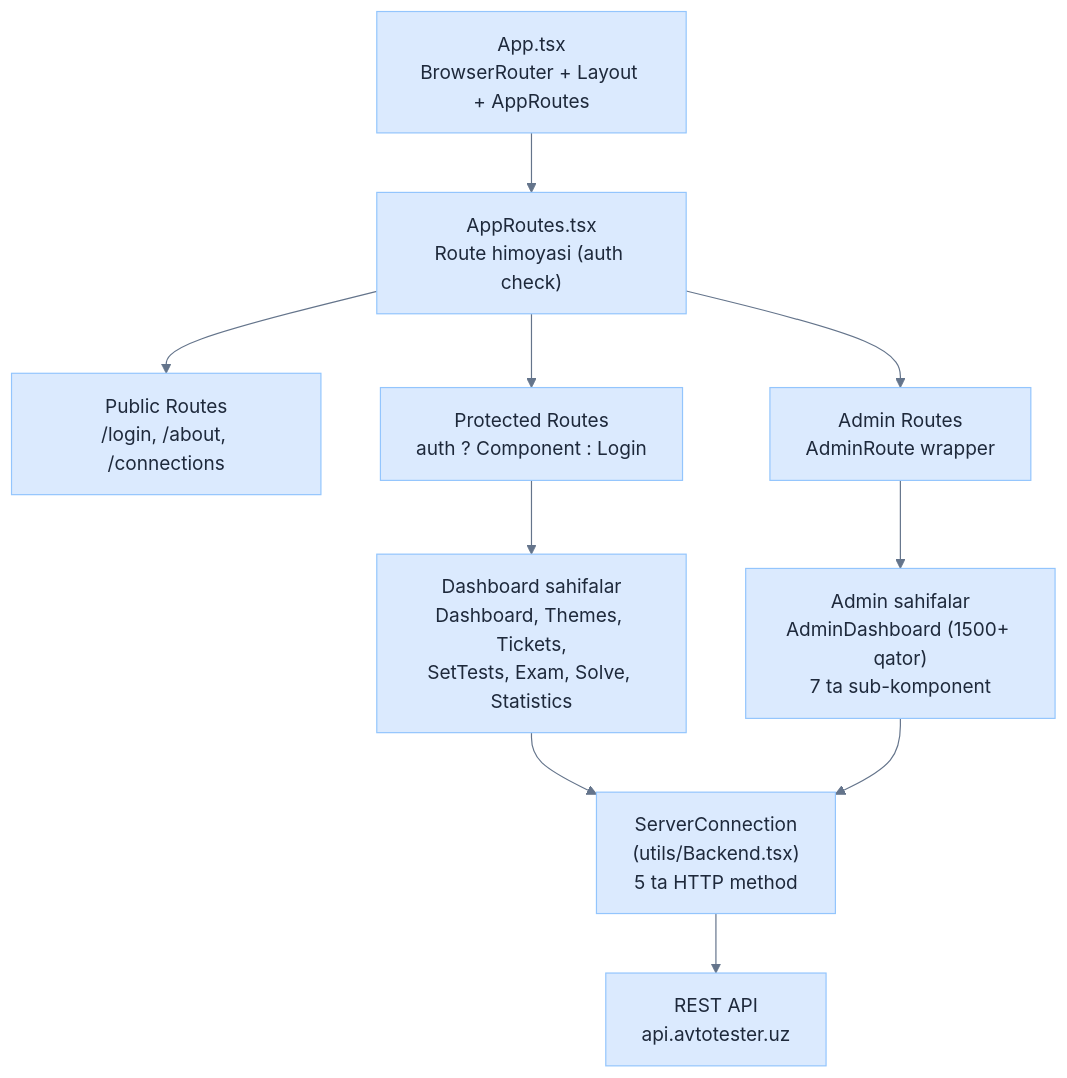
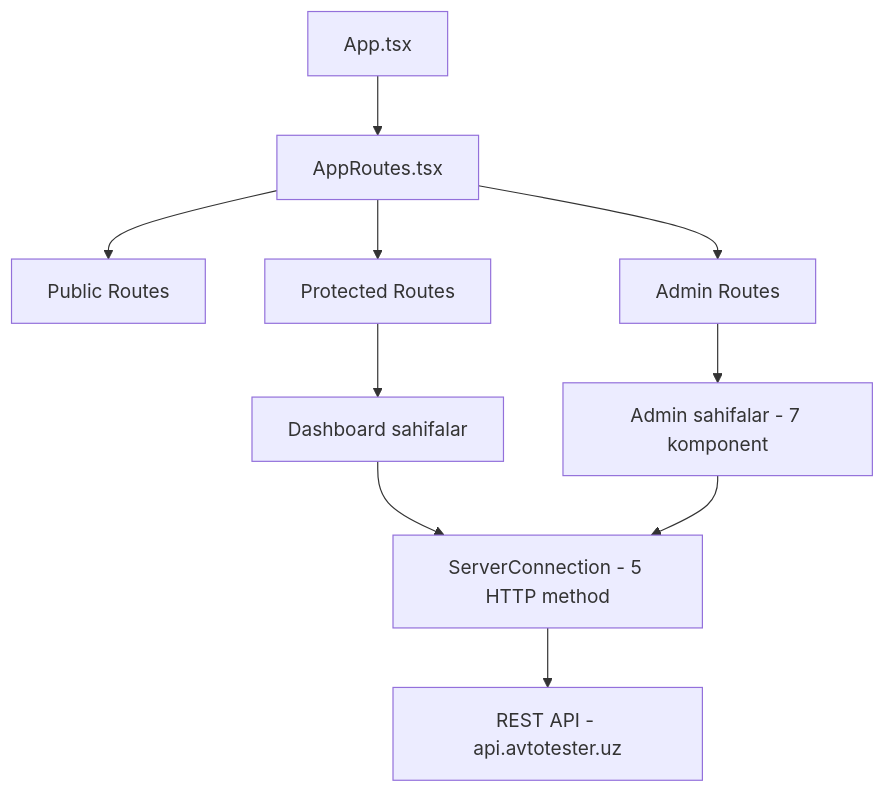
Before and after one commit to khismoiloff/BrpAvtoTest: diagram 14 of 18 in README.md, drawn with Mermaid. The commit also changed other lines of this file, not shown here.

````diff
--- a/README.md
+++ b/README.md
@@ -690,19 +680,17 @@
 ```mermaid
-%%{init: {'theme': 'base', 'themeVariables': {'background': '#ffffff', 'primaryColor': '#dbeafe', 'primaryTextColor': '#1e293b', 'primaryBorderColor': '#93c5fd', 'lineColor': '#64748b', 'secondaryColor': '#fef3c7', 'tertiaryColor': '#ede9fe', 'fontFamily': 'sans-serif'}}}%%
+%%{init: {'theme': 'default'}}%%
 graph TB
-    App["App.tsx<br/>BrowserRouter + Layout + AppRoutes"]
+    App[App.tsx] --> Routes[AppRoutes.tsx]
     
-    App --> Routes["AppRoutes.tsx<br/>Route himoyasi (auth check)"]
+    Routes --> Public[Public Routes]
+    Routes --> Protected[Protected Routes]
+    Routes --> Admin[Admin Routes]
     
-    Routes --> Public["Public Routes<br/>/login, /about, /connections"]
-    Routes --> Protected["Protected Routes<br/>auth ? Component : Login"]
-    Routes --> Admin["Admin Routes<br/>AdminRoute wrapper"]
+    Protected --> Pages[Dashboard sahifalar]
+    Admin --> AdminPages[Admin sahifalar - 7 komponent]
     
-    Protected --> Pages["Dashboard sahifalar<br/>Dashboard, Themes, Tickets,<br/>SetTests, Exam, Solve, Statistics"]
-    Admin --> AdminPages["Admin sahifalar<br/>AdminDashboard (1500+ qator)<br/>7 ta sub-komponent"]
-    
-    Pages --> ServerConn["ServerConnection<br/>(utils/Backend.tsx)<br/>5 ta HTTP method"]
+    Pages --> ServerConn[ServerConnection - 5 HTTP method]
     AdminPages --> ServerConn
     
-    ServerConn --> API["REST API<br/>api.avtotester.uz"]
+    ServerConn --> API[REST API - api.avtotester.uz]
 ```
````
